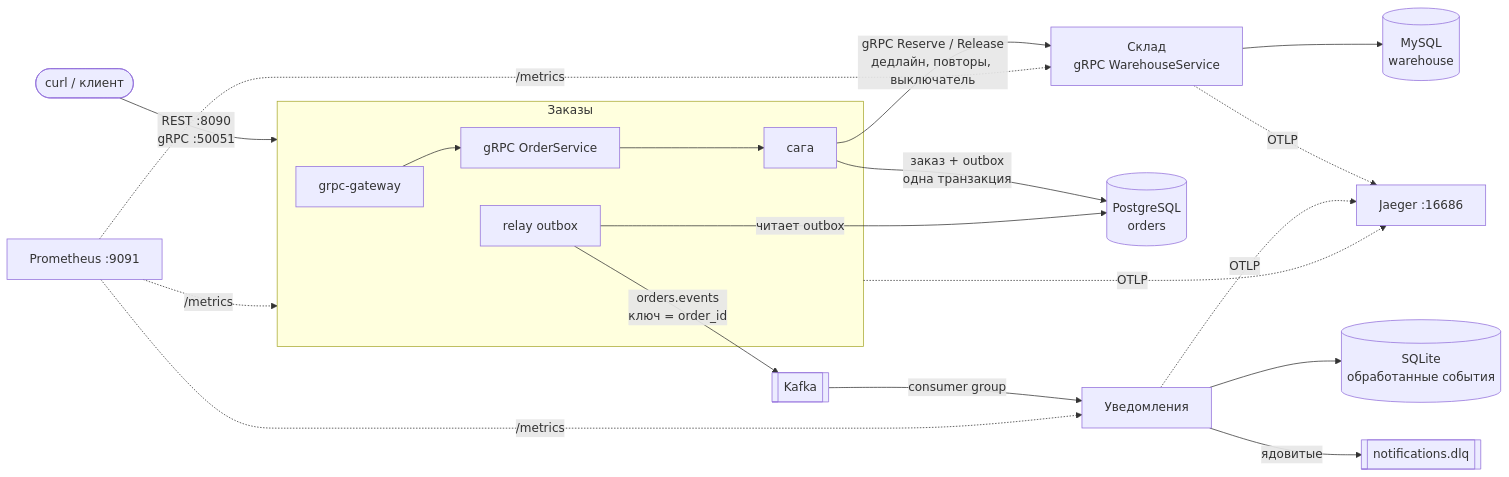
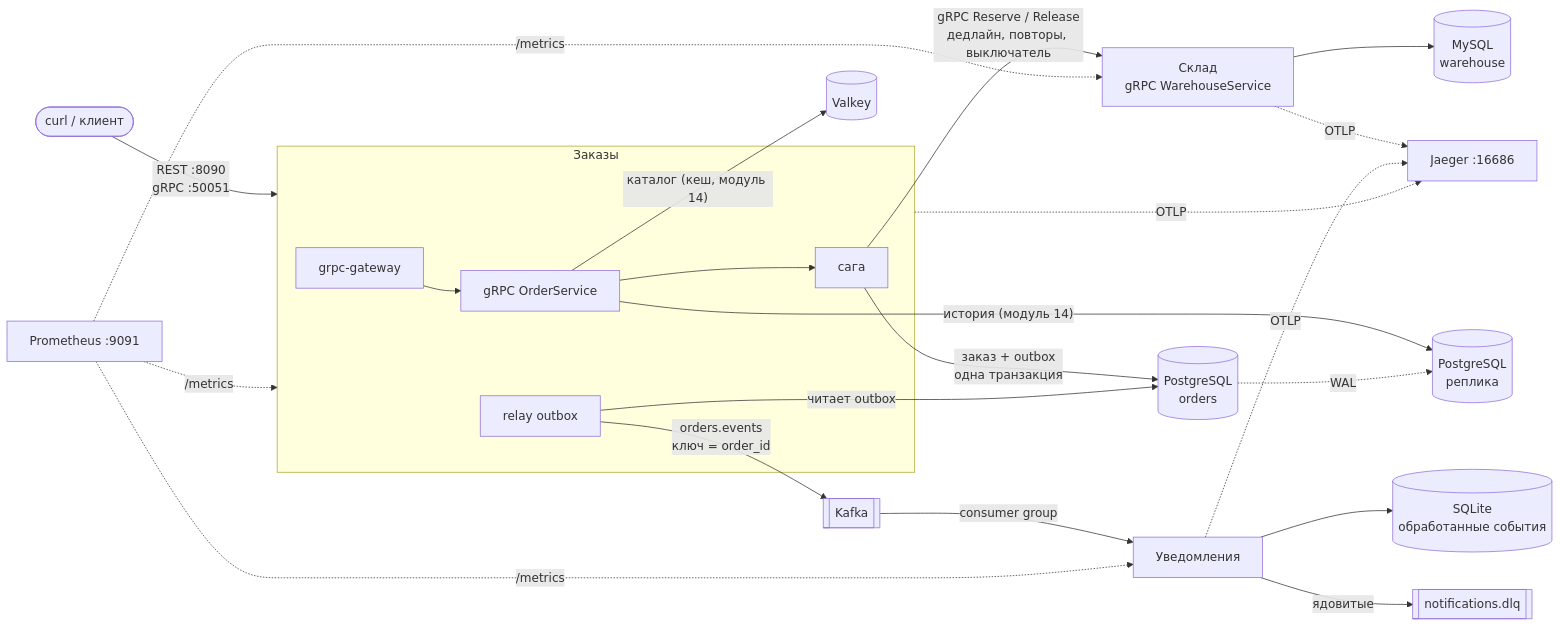
One commit to sergieinv/go-tutor changed the diagram in labs/README.md. Above: the diagram before and after it, drawn with Mermaid. The commit also changed other lines of this file and 296 other files, not shown here.

````diff
--- a/labs/README.md
+++ b/labs/README.md
@@ -19,18 +20,21 @@
 ```mermaid
 flowchart LR
     client([curl / клиент]) -- "REST :8090<br/>gRPC :50051" --> orders
     subgraph orders [Заказы]
         gw[grpc-gateway] --> og[gRPC OrderService] --> saga[сага]
         relay[relay outbox]
     end
     saga -- "gRPC Reserve / Release<br/>дедлайн, повторы, выключатель" --> wh[Склад<br/>gRPC WarehouseService]
     saga -- "заказ + outbox<br/>одна транзакция" --> pg[(PostgreSQL<br/>orders)]
     relay -- читает outbox --> pg
+    og -- "каталог (кеш, модуль 14)" --> vk[(Valkey)]
+    og -- "история (модуль 14)" --> rep[(PostgreSQL<br/>реплика)]
+    pg -. WAL .-> rep
     wh --> my[(MySQL<br/>warehouse)]
     relay -- "orders.events<br/>ключ = order_id" --> kafka[[Kafka]]
     kafka -- consumer group --> notif[Уведомления]
     notif --> sq[(SQLite<br/>обработанные события)]
     notif -- ядовитые --> dlq[[notifications.dlq]]
     orders & wh & notif -. OTLP .-> jaeger[Jaeger :16686]
     prom[Prometheus :9091] -. /metrics .-> orders & wh & notif
 ```
````
